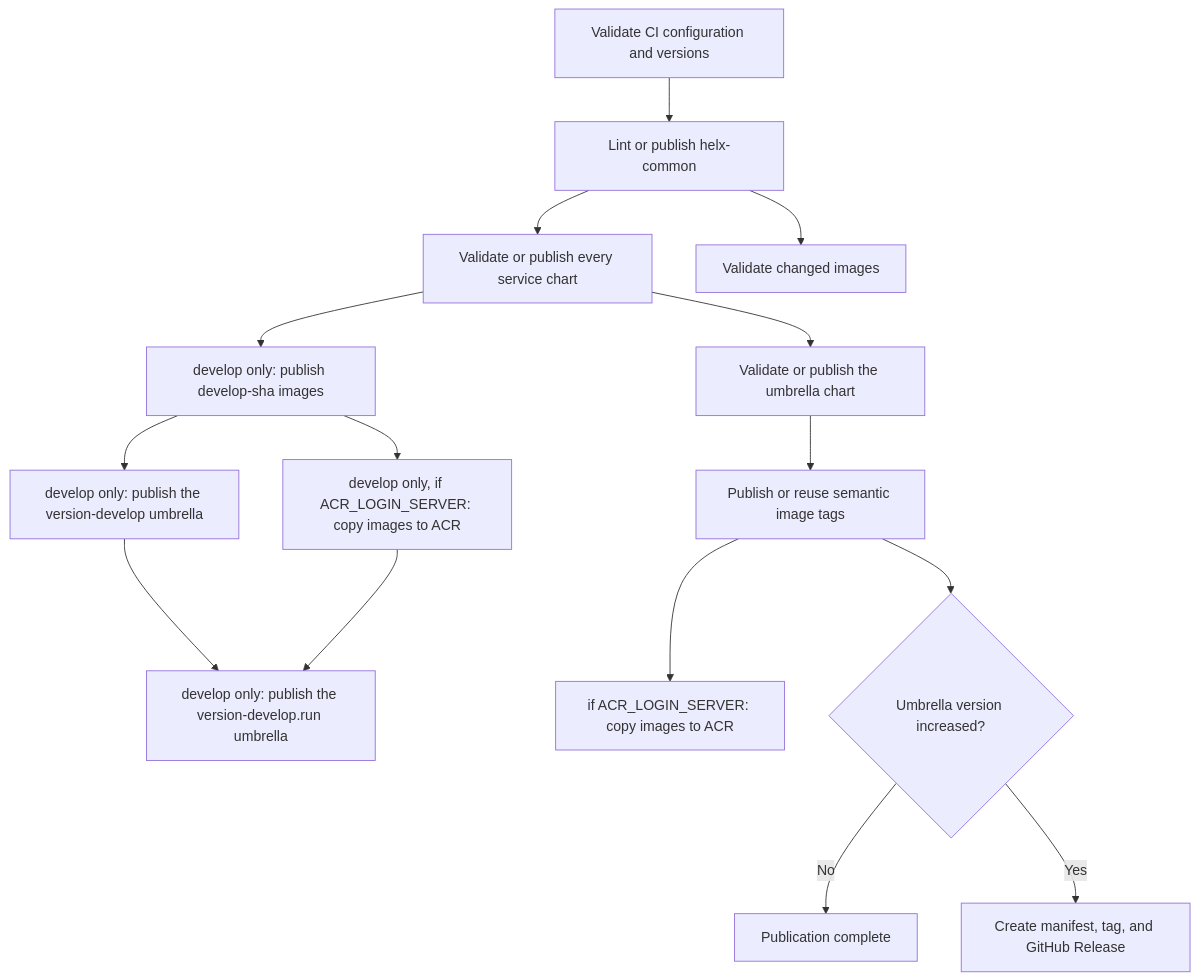
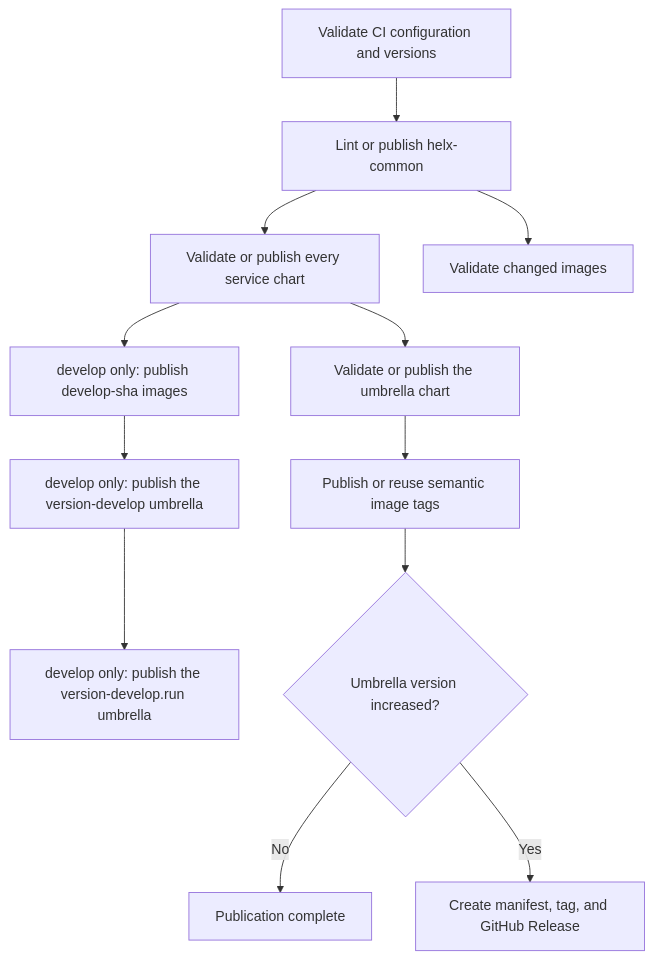
The diagram in .github/CI.md (helxplatform/helx), drawn with Mermaid before and after one commit. The commit also changed other lines of this file and 8 other files, not shown here.

First line of the commit message:
Push images to Harbor only and stop copying them to ACR

````diff
--- a/.github/CI.md
+++ b/.github/CI.md
@@ -19,17 +19,14 @@
 ```mermaid
 flowchart TD
     Test[Validate CI configuration and versions] --> Common[Lint or publish helx-common]
     Common --> Services[Validate or publish every service chart]
     Services --> Umbrella[Validate or publish the umbrella chart]
     Common --> Images[Validate changed images]
     Services --> CandidateImages[develop only: publish develop-sha images]
     CandidateImages --> Candidate[develop only: publish the version-develop umbrella]
-    CandidateImages --> CandidateACR[develop only, if ACR_LOGIN_SERVER: copy images to ACR]
     Candidate --> Numbered[develop only: publish the version-develop.run umbrella]
-    CandidateACR --> Numbered
     Umbrella --> ProductionImages[Publish or reuse semantic image tags]
-    ProductionImages --> ProductionACR[if ACR_LOGIN_SERVER: copy images to ACR]
     ProductionImages --> Decision{Umbrella version increased?}
     Decision -->|No| Done[Publication complete]
     Decision -->|Yes| Release[Create manifest, tag, and GitHub Release]
 ```
````
